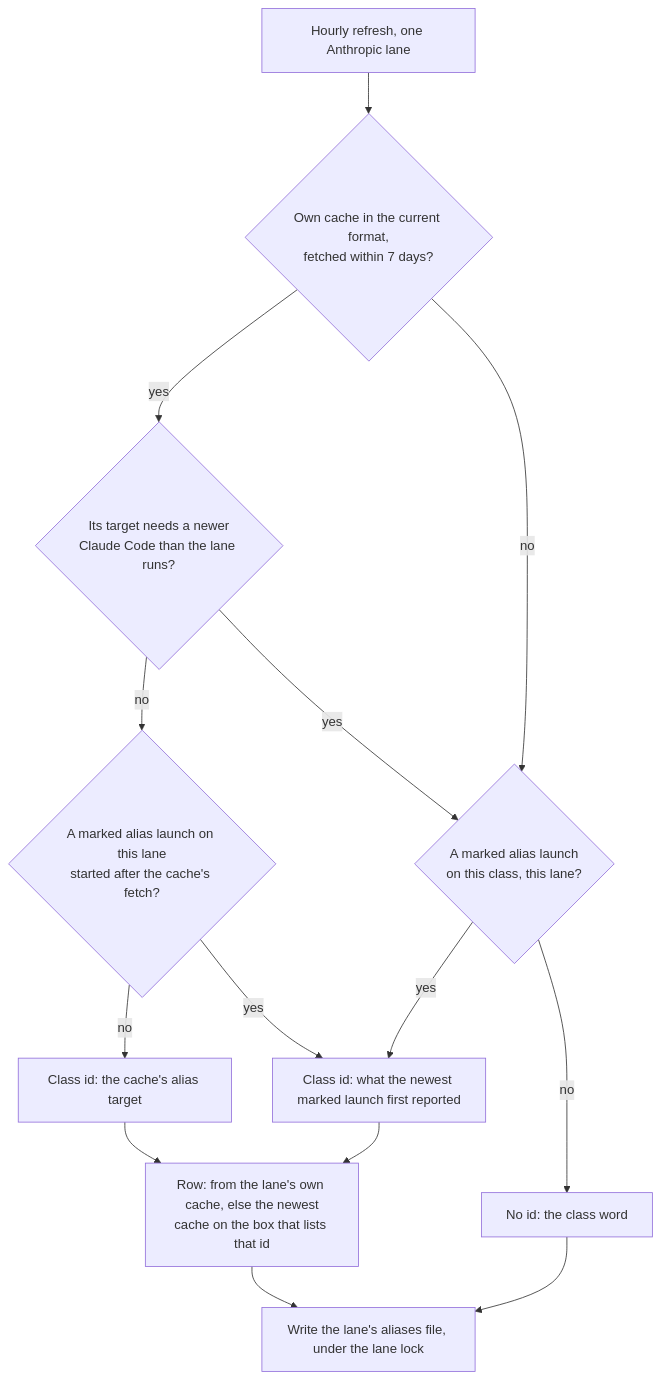
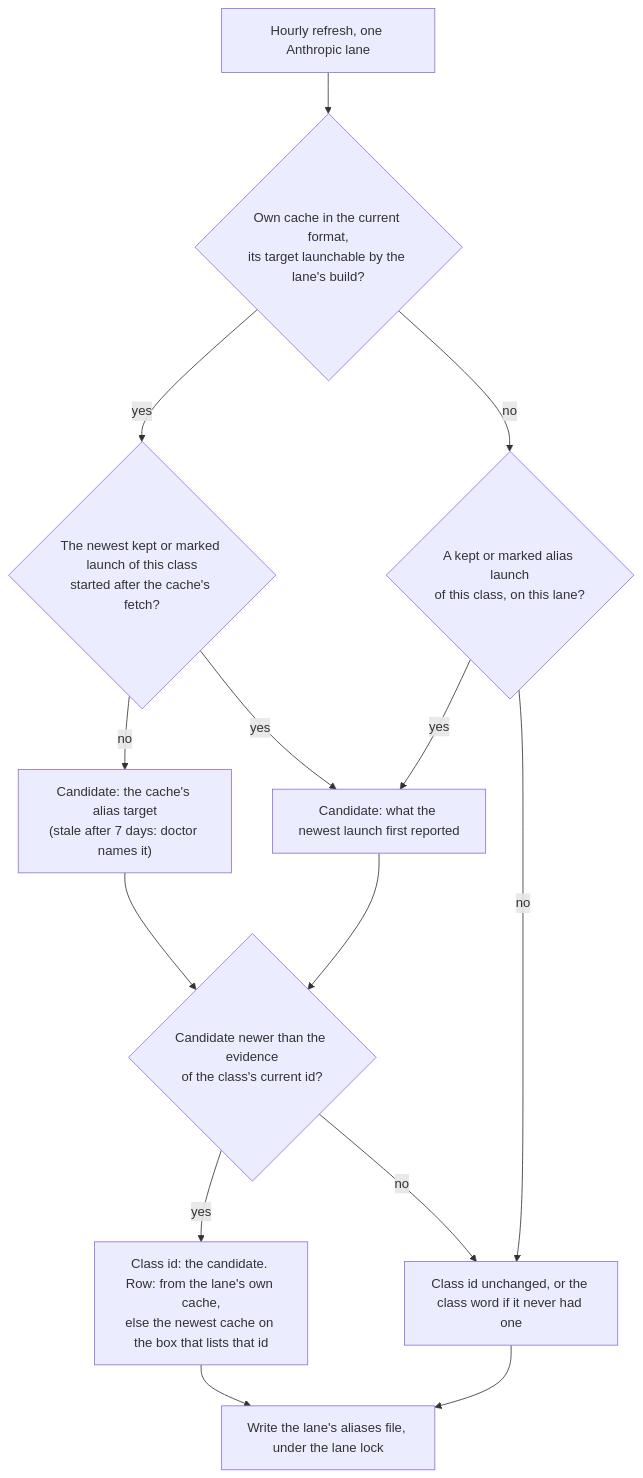
One commit to Synapsium-Labs/ccrc-pwa changed the second of 3 diagrams in docs/superpowers/specs/2026-10-13-model-class-auto-advance-design.md. Above: the diagram before and after it, drawn with Mermaid. The commit also changed other lines of this file and 1 other file, not shown here.

````diff
--- a/docs/superpowers/specs/2026-10-13-model-class-auto-advance-design.md
+++ b/docs/superpowers/specs/2026-10-13-model-class-auto-advance-design.md
@@ -279,16 +287,16 @@
 ```mermaid
 flowchart TD
-  A["Hourly refresh, one Anthropic lane"] --> B{"Own cache in the current format,<br/>fetched within 7 days?"}
-  B -- "yes" --> C{"Its target needs a newer<br/>Claude Code than the lane runs?"}
-  C -- "no" --> L{"A marked alias launch on this lane<br/>started after the cache's fetch?"}
-  L -- "no" --> T["Class id: the cache's alias target"]
+  A["Hourly refresh, one Anthropic lane"] --> B{"Own cache in the current format,<br/>its target launchable by the lane's build?"}
+  B -- "yes" --> L{"The newest kept or marked launch of this class<br/>started after the cache's fetch?"}
+  L -- "no" --> T["Candidate: the cache's alias target<br/>(stale after 7 days: doctor names it)"]
   L -- "yes" --> U
-  C -- "yes" --> O
-  B -- "no" --> O{"A marked alias launch<br/>on this class, this lane?"}
-  O -- "yes" --> U["Class id: what the newest marked launch first reported"]
-  O -- "no" --> N["No id: the class word"]
-  T --> R["Row: from the lane's own cache, else the newest<br/>cache on the box that lists that id"]
-  U --> R
+  B -- "no" --> O{"A kept or marked alias launch<br/>of this class, on this lane?"}
+  O -- "yes" --> U["Candidate: what the newest launch first reported"]
+  O -- "no" --> P
+  T --> K{"Candidate newer than the evidence<br/>of the class's current id?"}
+  U --> K
+  K -- "yes" --> R["Class id: the candidate. Row: from the lane's own cache,<br/>else the newest cache on the box that lists that id"]
+  K -- "no" --> P["Class id unchanged, or the class word if it never had one"]
   R --> W["Write the lane's aliases file, under the lane lock"]
-  N --> W
+  P --> W
 ```
````
